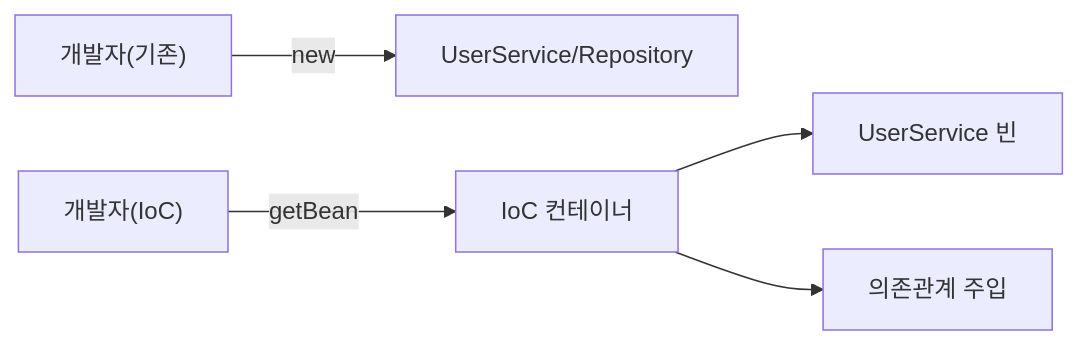
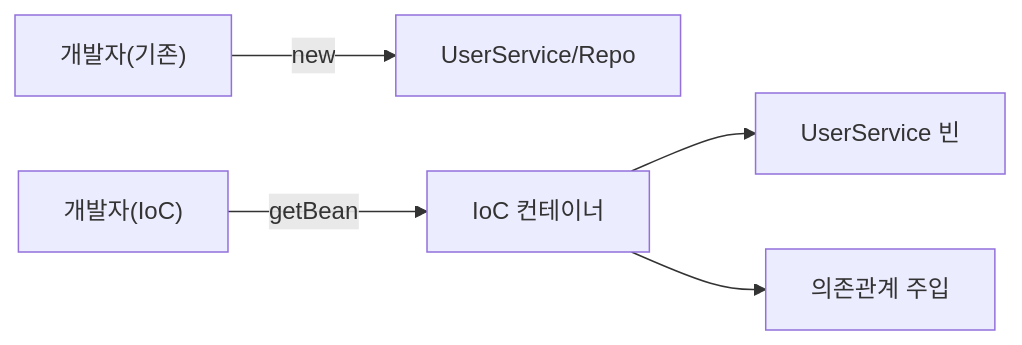
Before and after one commit to yjkim2015/yjkim2015.github.io: the first of 4 diagrams in _posts/spring/2022-06-16-제어의역전.md, drawn with Mermaid. The commit also changed 245 other files, not shown here.

First line of the commit message:
Mermaid 다이어그램 전면 수정 + 면접 포인트 접기/펼치기 + DB 데드락 페이지

````diff
--- a/_posts/spring/2022-06-16-제어의역전.md
+++ b/_posts/spring/2022-06-16-제어의역전.md
@@ -55,7 +55,7 @@
 ```mermaid
 graph LR
-    DEV["개발자(기존)"] -->|new| A["UserService/Repository"]
+    DEV["개발자(기존)"] -->|new| A["UserService/Repo"]
     CTX["IoC 컨테이너"] --> D["UserService 빈"]
     CTX --> E["의존관계 주입"]
     APP["개발자(IoC)"] -->|getBean| CTX
 ```
````
